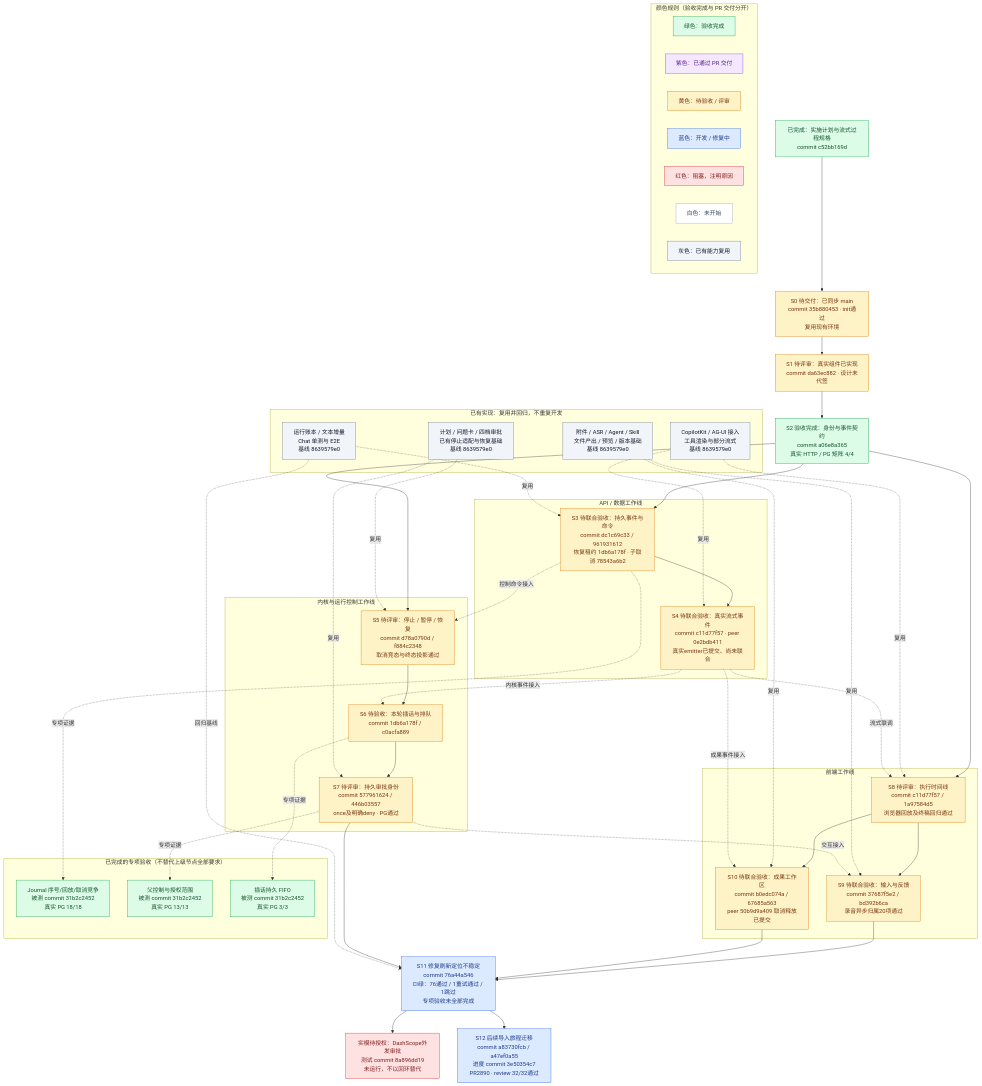
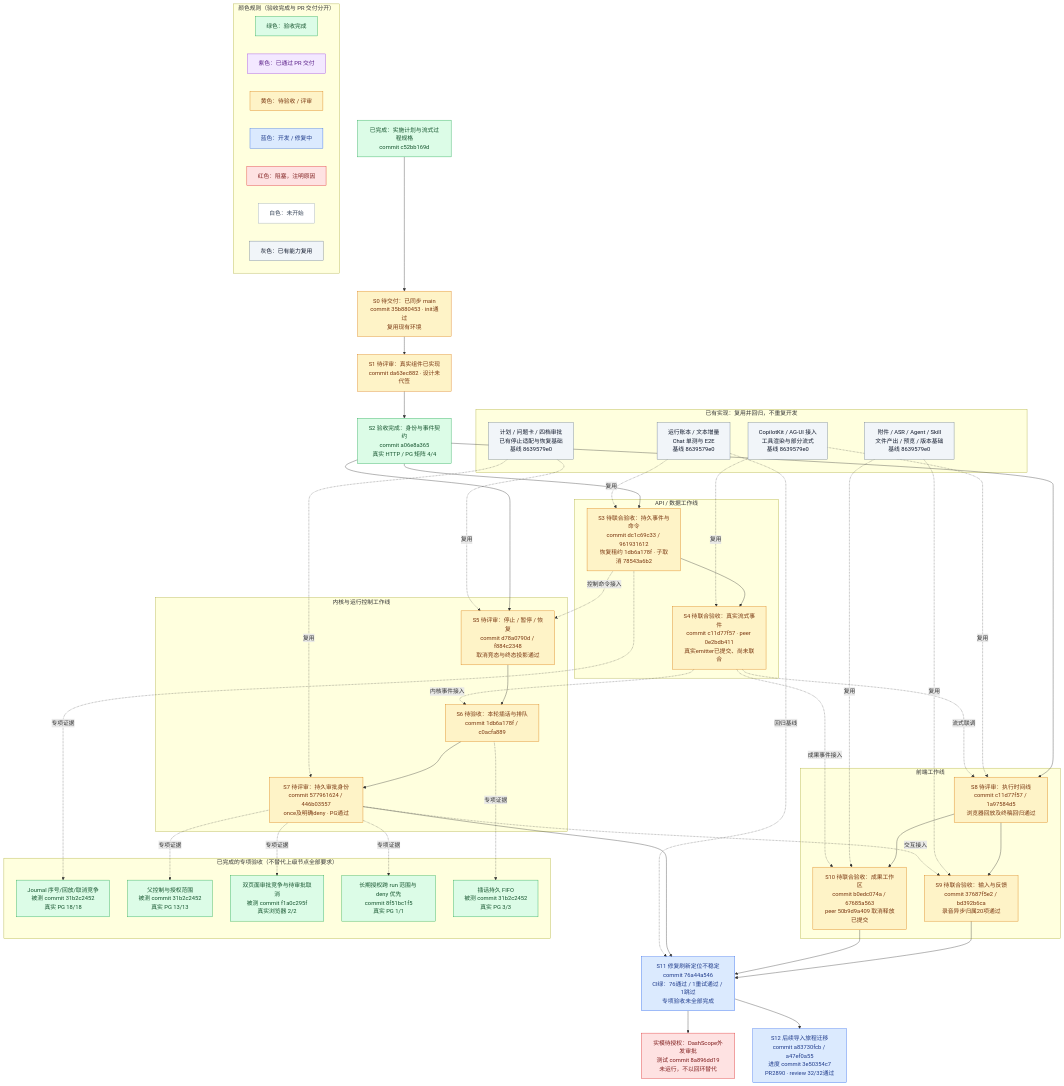
The first of 2 diagrams in docs/design/agent-workbench-upgrade-plan-2026-09-06.md (boardx/workspacex), drawn with Mermaid before and after one commit. The commit also changed other lines of this file and 2 other files, not shown here.

Commit message:
docs(workbench): mark control acceptance substeps complete

```diff
--- a/docs/design/agent-workbench-upgrade-plan-2026-09-06.md
+++ b/docs/design/agent-workbench-upgrade-plan-2026-09-06.md
@@ -68,11 +68,15 @@
   subgraph ACCEPTED["已完成的专项验收（不替代上级节点全部要求）"]
     VJ["Journal 序号/回放/取消竞争\n被测 commit 31b2c2452\n真实 PG 18/18"]:::done
     VP["父控制与授权范围\n被测 commit 31b2c2452\n真实 PG 13/13"]:::done
+    VA["双页面审批竞争与待审批取消\n被测 commit f1a0c295f\n真实浏览器 2/2"]:::done
+    VG["长期授权跨 run 范围与 deny 优先\ncommit 8f51bc1f5\n真实 PG 1/1"]:::done
     VF["插话持久 FIFO\n被测 commit 31b2c2452\n真实 PG 3/3"]:::done
   end
   S3 -.专项证据.-> VJ
   S7 -.专项证据.-> VP
   S6 -.专项证据.-> VF
+  S7 -.专项证据.-> VA
+  S7 -.专项证据.-> VG
 
   subgraph LEGEND["颜色规则（验收完成与 PR 交付分开）"]
     LG["绿色：验收完成"]:::done
```
